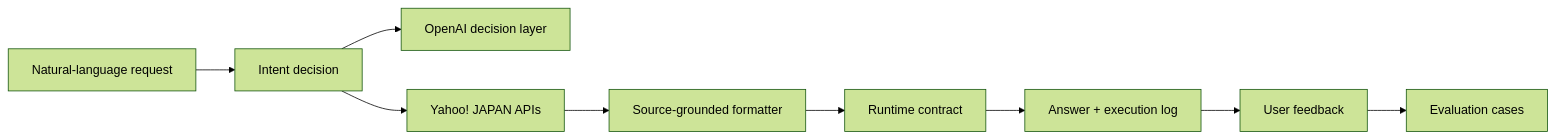
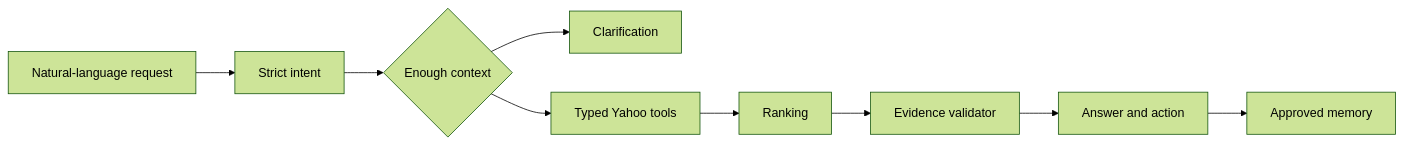
The diagram in docs/README.en.md (dragonwang71/agent-yh-prototype), drawn with Mermaid (forest theme) before and after one commit. The commit also changed other lines of this file and 69 other files, not shown here.

````diff
--- a/docs/README.en.md
+++ b/docs/README.en.md
@@ -26,11 +40,11 @@
 ```mermaid
 flowchart LR
-  Request["Natural-language request"] --> Intent["Intent decision"]
-  Intent --> OpenAI["OpenAI decision layer"]
-  Intent --> Yahoo["Yahoo! JAPAN APIs"]
-  Yahoo --> Format["Source-grounded formatter"]
-  Format --> Contract["Runtime contract"]
-  Contract --> UI["Answer + execution log"]
-  UI --> Feedback["User feedback"]
-  Feedback --> Harness["Evaluation cases"]
+  Request["Natural-language request"] --> Intent["Strict intent"]
+  Intent --> Context{"Enough context"}
+  Context --> Clarify["Clarification"]
+  Context --> Yahoo["Typed Yahoo tools"]
+  Yahoo --> Rank["Ranking"]
+  Rank --> Evidence["Evidence validator"]
+  Evidence --> UI["Answer and action"]
+  UI --> Memory["Approved memory"]
 ```
````
